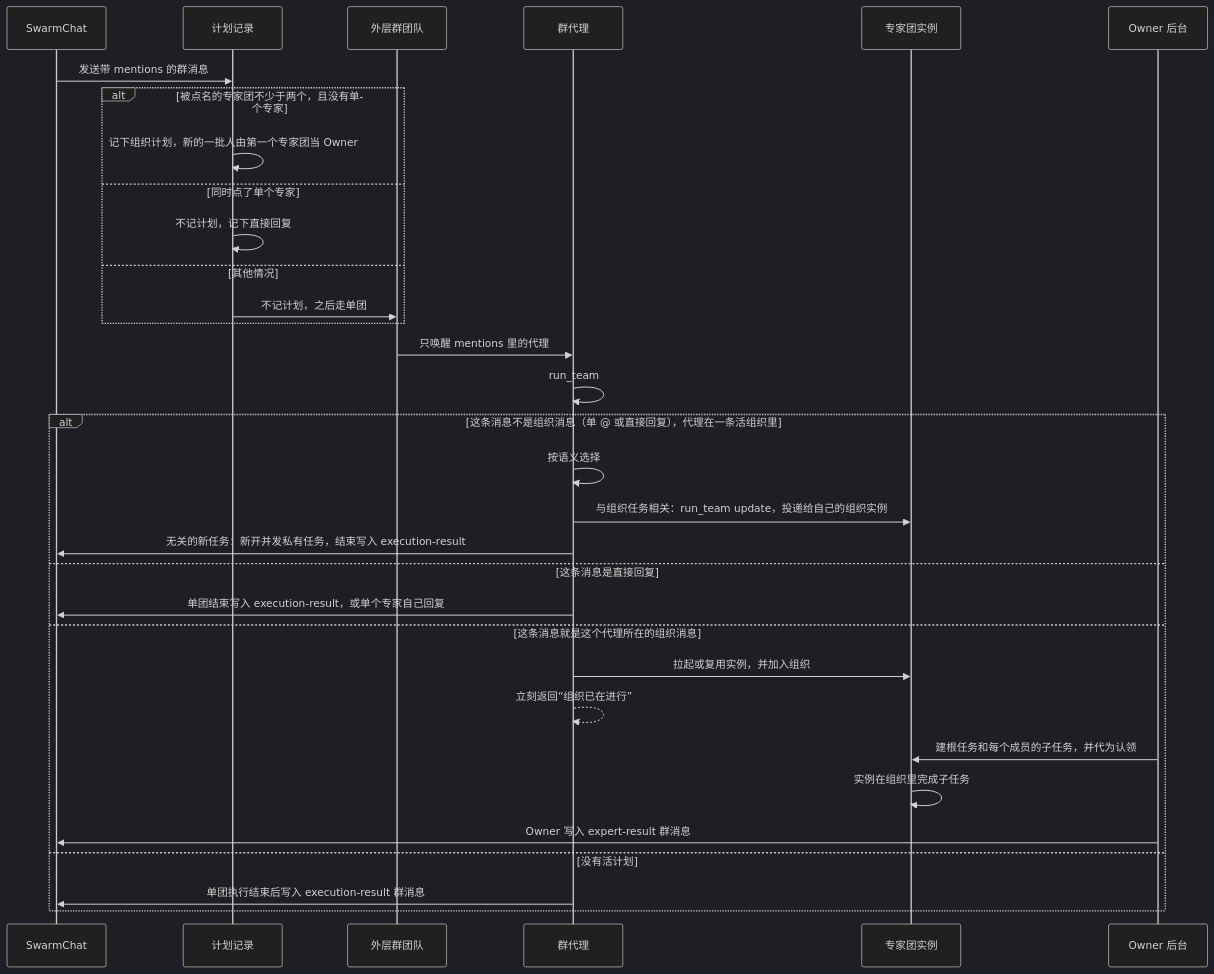
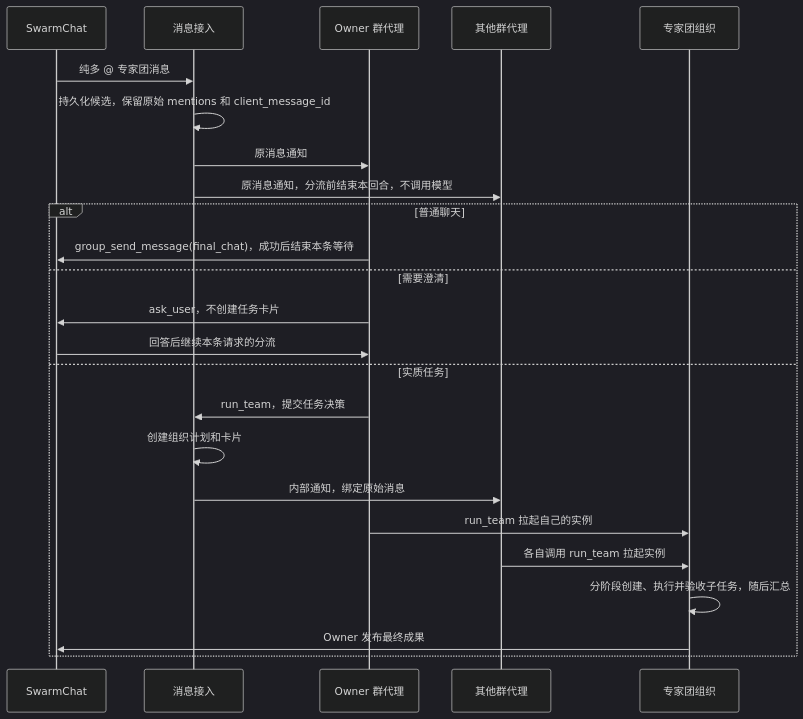
Before and after one commit to openJiuwen-ai/jiuwenswarm: the diagram in docs/zh/SwarmChat群聊专家团组织.md, drawn with Mermaid (dark theme). The commit also changed other lines of this file and 33 other files, not shown here.

First line of the commit message:
fix(group-chat):增加普通聊天与实质任务分流；前端优化气泡显示效果，组织卡片标题渐进更新，增加团内任务折叠显示功能；worker退出后的异常收尾；增加进程身份指纹，避免电脑播钟后身份对不上

````diff
--- a/docs/zh/SwarmChat群聊专家团组织.md
+++ b/docs/zh/SwarmChat群聊专家团组织.md
@@ -30,35 +30,26 @@
 ```mermaid
 sequenceDiagram
     participant User as SwarmChat
-    participant Gate as 计划记录
-    participant Group as 外层群团队
-    participant Proxy as 群代理
-    participant Org as 专家团实例
-    participant Owner as Owner 后台
-
-    User->>Gate: 发送带 mentions 的群消息
-    alt 被点名的专家团不少于两个，且没有单个专家
-        Gate->>Gate: 记下组织计划，新的一批人由第一个专家团当 Owner
-    else 同时点了单个专家
-        Gate->>Gate: 不记计划，记下直接回复
-    else 其他情况
-        Gate->>Group: 不记计划，之后走单团
-    end
-    Group->>Proxy: 只唤醒 mentions 里的代理
-    Proxy->>Proxy: run_team
-    alt 这条消息不是组织消息（单 @ 或直接回复），代理在一条活组织里
-        Proxy->>Proxy: 按语义选择
-        Proxy->>Org: 与组织任务相关：run_team update，投递给自己的组织实例
-        Proxy->>User: 无关的新任务：新开并发私有任务，结束写入 execution-result
-    else 这条消息是直接回复
-        Proxy->>User: 单团结束写入 execution-result，或单个专家自己回复
-    else 这条消息就是这个代理所在的组织消息
-        Proxy->>Org: 拉起或复用实例，并加入组织
-        Proxy-->>Proxy: 立刻返回“组织已在进行”
-        Owner->>Org: 建根任务和每个成员的子任务，并代为认领
-        Org->>Org: 实例在组织里完成子任务
-        Owner->>User: Owner 写入 expert-result 群消息
-    else 没有活计划
-        Proxy->>User: 单团执行结束后写入 execution-result 群消息
+    participant Gate as 消息接入
+    participant Owner as Owner 群代理
+    participant Proxy as 其他群代理
+    participant Org as 专家团组织
+    User->>Gate: 纯多 @ 专家团消息
+    Gate->>Gate: 持久化候选，保留原始 mentions 和 client_message_id
+    Gate->>Owner: 原消息通知
+    Gate->>Proxy: 原消息通知，分流前结束本回合，不调用模型
+    alt 普通聊天
+        Owner->>User: group_send_message(final_chat)，成功后结束本条等待
+    else 需要澄清
+        Owner->>User: ask_user，不创建任务卡片
+        User->>Owner: 回答后继续本条请求的分流
+    else 实质任务
+        Owner->>Gate: run_team，提交任务决策
+        Gate->>Gate: 创建组织计划和卡片
+        Gate->>Proxy: 内部通知，绑定原始消息
+        Owner->>Org: run_team 拉起自己的实例
+        Proxy->>Org: 各自调用 run_team 拉起实例
+        Org->>Org: 分阶段创建、执行并验收子任务，随后汇总
+        Org->>User: Owner 发布最终成果
     end
 ```
````
